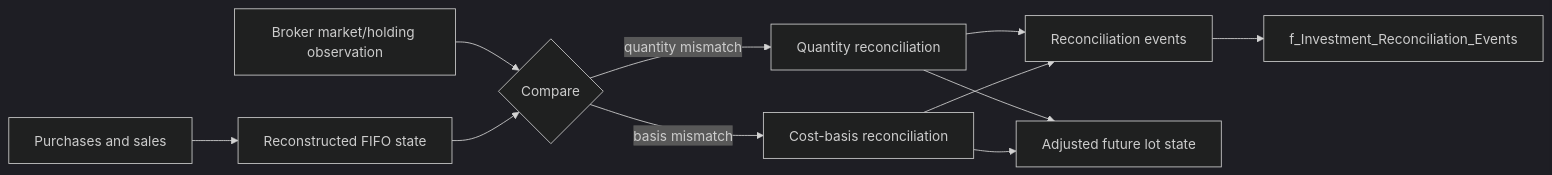
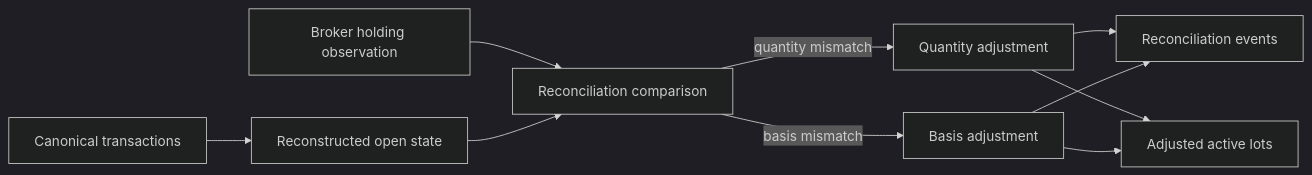
One commit to tks18/personal-finance-etl changed the first of 2 diagrams in docs/finance/investment-reconciliation.md. Above: the diagram before and after it, drawn with Mermaid (dark theme). The commit also changed other lines of this file and 11 other files, not shown here.

````diff
--- a/docs/finance/investment-reconciliation.md
+++ b/docs/finance/investment-reconciliation.md
@@ -13,13 +11,12 @@
 ```mermaid
 flowchart LR
-    TX[Purchases and sales] --> FIFO[Reconstructed FIFO state]
-    OBS[Broker market/holding observation] --> CMP{Compare}
-    FIFO --> CMP
-    CMP -->|quantity mismatch| QR[Quantity reconciliation]
-    CMP -->|basis mismatch| CR[Cost-basis reconciliation]
-    QR --> EVENTS[Reconciliation events]
-    CR --> EVENTS
-    QR --> FIFO2[Adjusted future lot state]
-    CR --> FIFO2
-    EVENTS --> SILVER[f_Investment_Reconciliation_Events]
+    TX["Canonical transactions"] --> EXP["Reconstructed open state"]
+    OBS["Broker holding observation"] --> CMP["Reconciliation comparison"]
+    EXP --> CMP
+    CMP -->|quantity mismatch| Q["Quantity adjustment"]
+    CMP -->|basis mismatch| B["Basis adjustment"]
+    Q --> EVT["Reconciliation events"]
+    B --> EVT
+    Q --> STATE["Adjusted active lots"]
+    B --> STATE
 ```
````
